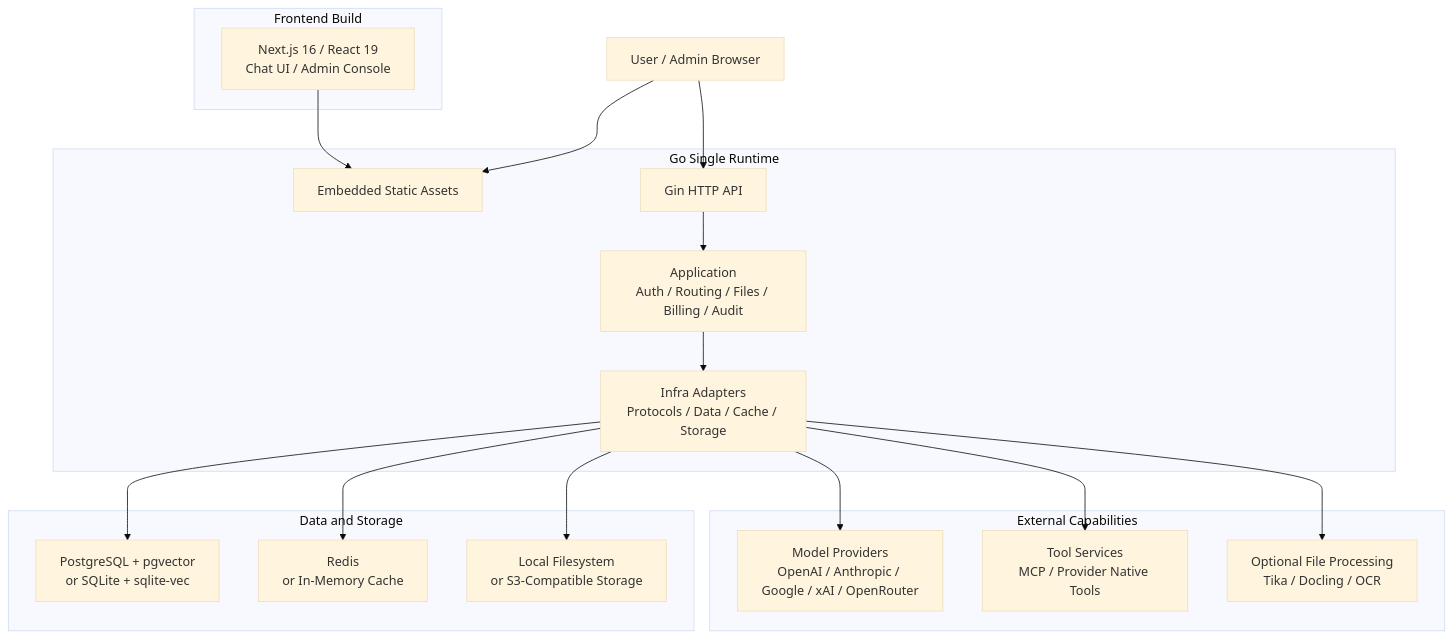
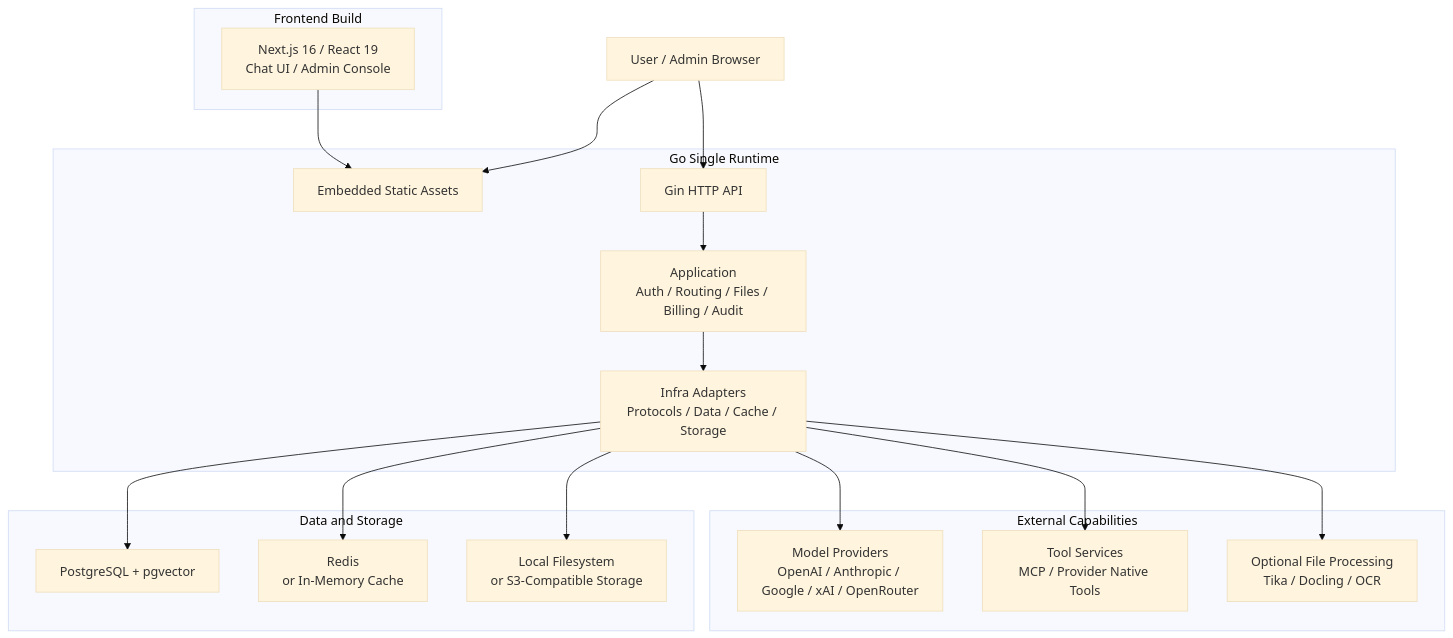
The diagram in README.md (lieyanc/FireCortex), drawn with Mermaid (base theme) before and after one commit. The commit also changed other lines of this file and 10 other files, not shown here.

````diff
--- a/README.md
+++ b/README.md
@@ -64,39 +66,39 @@
 ```mermaid
 flowchart TB
   Browser["User / Admin Browser"]
 
   subgraph Frontend["Frontend Build"]
     Web["Next.js 16 / React 19<br/>Chat UI / Admin Console"]
   end
 
   subgraph Backend["Go Single Runtime"]
     Static["Embedded Static Assets"]
     HTTP["Gin HTTP API"]
     App["Application<br/>Auth / Routing / Files / Billing / Audit"]
     Infra["Infra Adapters<br/>Protocols / Data / Cache / Storage"]
   end
 
   subgraph External["External Capabilities"]
     Providers["Model Providers<br/>OpenAI / Anthropic / Google / xAI / OpenRouter"]
     Tools["Tool Services<br/>MCP / Provider Native Tools"]
     Extractors["Optional File Processing<br/>Tika / Docling / OCR"]
   end
 
   subgraph Data["Data and Storage"]
-    DB["PostgreSQL + pgvector<br/>or SQLite + sqlite-vec"]
+    DB["PostgreSQL + pgvector"]
     Cache["Redis<br/>or In-Memory Cache"]
     Storage["Local Filesystem<br/>or S3-Compatible Storage"]
   end
 
   Web --> Static
   Browser --> Static
   Browser --> HTTP
   HTTP --> App
   App --> Infra
   Infra --> Providers
   Infra --> Tools
   Infra --> Extractors
   Infra --> DB
   Infra --> Cache
   Infra --> Storage
 ```
````
